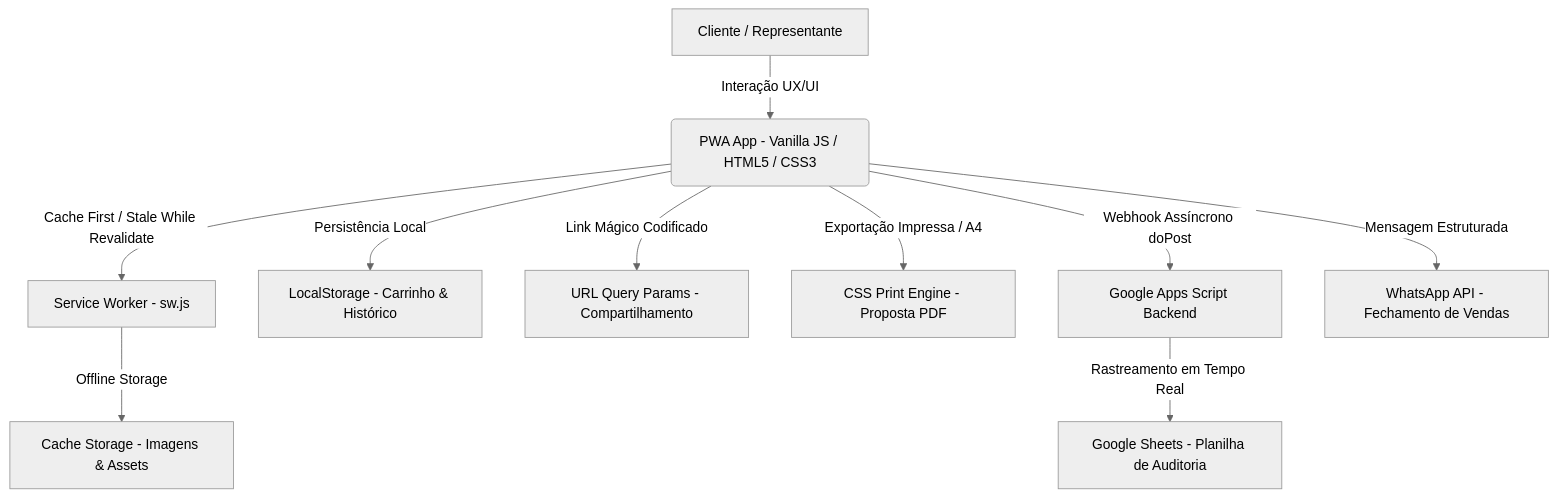
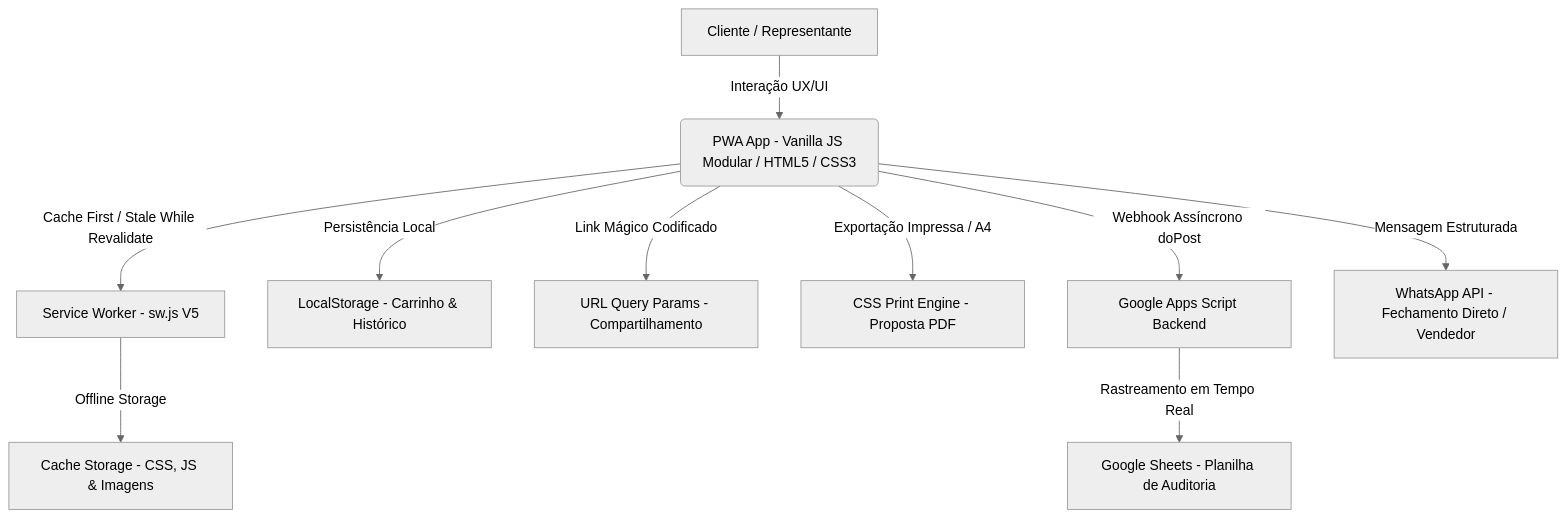
One commit to N4FOG/catalognafog changed the diagram in README.md. Above: the diagram before and after it, drawn with Mermaid (neutral theme). The commit also changed other lines of this file, not shown here.

First line of the commit message:
release(v3.0): 🏆 Nova Versao Estavel Oficial - Arquitetura Modular, PWA V5 e Painel Comercial Master

````diff
--- a/README.md
+++ b/README.md
@@ -65,12 +68,12 @@
 ```mermaid
 graph TD
-    A[Cliente / Representante] -->|Interação UX/UI| B(PWA App - Vanilla JS / HTML5 / CSS3)
-    B -->|Cache First / Stale While Revalidate| C[Service Worker - sw.js]
-    C -->|Offline Storage| D[Cache Storage - Imagens & Assets]
+    A[Cliente / Representante] -->|Interação UX/UI| B(PWA App - Vanilla JS Modular / HTML5 / CSS3)
+    B -->|Cache First / Stale While Revalidate| C[Service Worker - sw.js V5]
+    C -->|Offline Storage| D[Cache Storage - CSS, JS & Imagens]
     B -->|Persistência Local| E[LocalStorage - Carrinho & Histórico]
     B -->|Link Mágico Codificado| F[URL Query Params - Compartilhamento]
     B -->|Exportação Impressa / A4| G[CSS Print Engine - Proposta PDF]
     B -->|Webhook Assíncrono doPost| H[Google Apps Script Backend]
     H -->|Rastreamento em Tempo Real| I[Google Sheets - Planilha de Auditoria]
-    B -->|Mensagem Estruturada| J[WhatsApp API - Fechamento de Vendas]
+    B -->|Mensagem Estruturada| J[WhatsApp API - Fechamento Direto / Vendedor]
 ```
````
